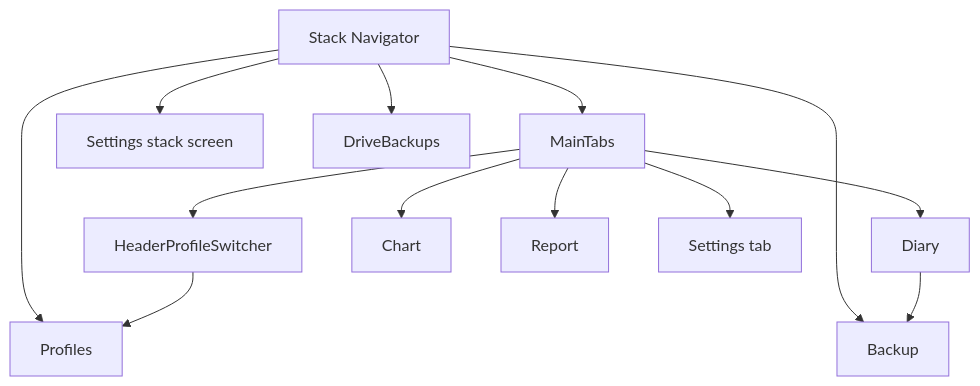
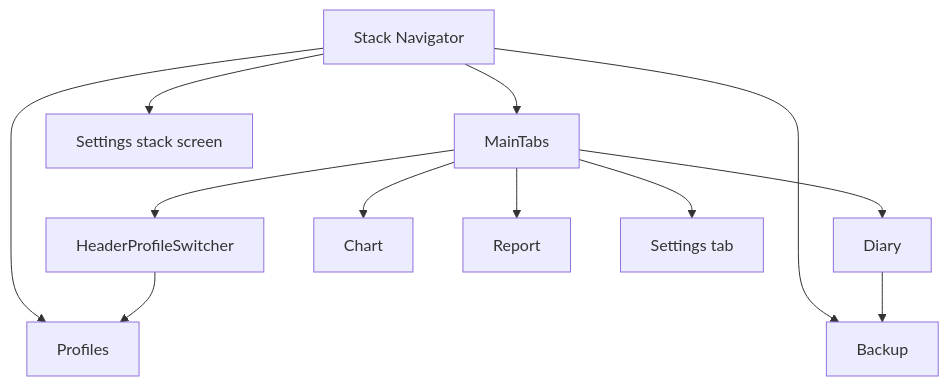
Before and after one commit to neetuaks/Health-Diary: the third of 8 diagrams in docs/TECHNICAL-DESIGN.md, drawn with Mermaid. The commit also changed other lines of this file and 106 other files, not shown here.

````diff
--- a/docs/TECHNICAL-DESIGN.md
+++ b/docs/TECHNICAL-DESIGN.md
@@ -116,16 +118,15 @@
 ```mermaid
 flowchart TD
     Root[Stack Navigator]
     Root --> Main[MainTabs]
     Main --> Header[HeaderProfileSwitcher]
     Main --> Diary[Diary]
     Main --> Chart[Chart]
     Main --> Report[Report]
     Main --> SettingsTab[Settings tab]
     Root --> Settings[Settings stack screen]
     Root --> Backup[Backup]
-    Root --> Drive[DriveBackups]
     Root --> Profiles[Profiles]
     Header --> Profiles
     Diary --> Backup
 ```
````
